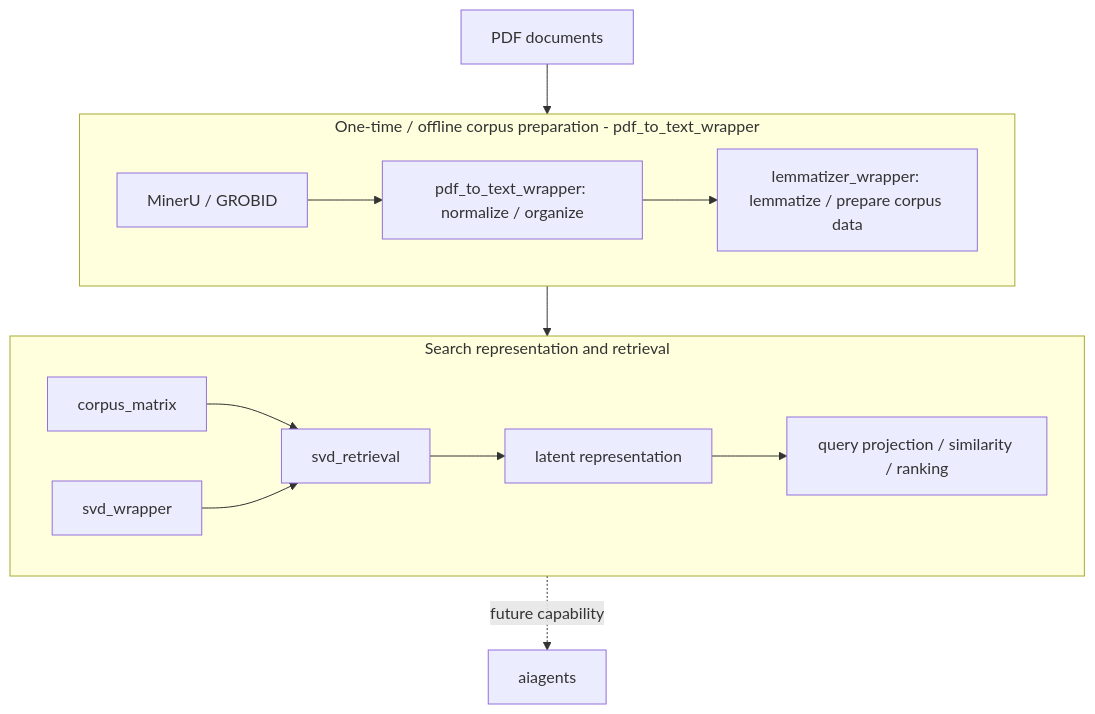
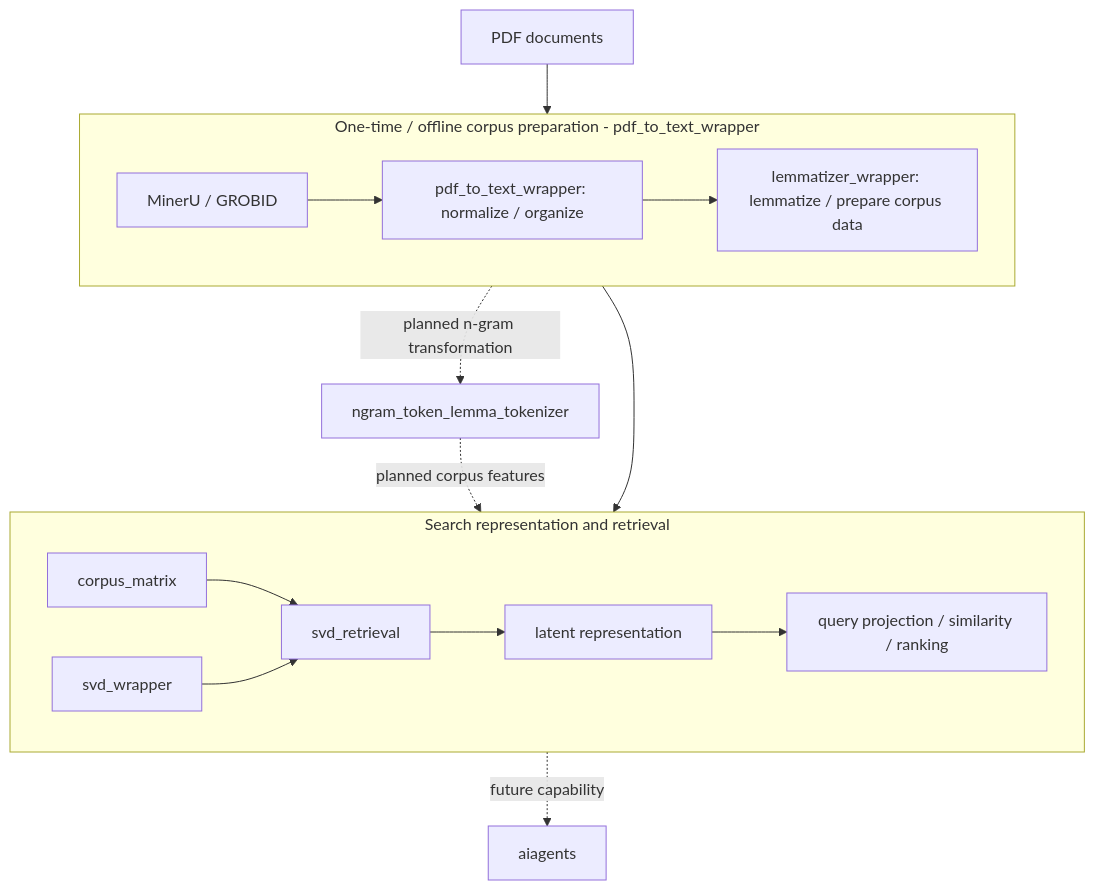
The third of 6 diagrams in README.md (witold-k/witold-k), drawn with Mermaid before and after one commit. The commit also changed other lines of this file, not shown here.

Commit message:
docs: update corpus pipeline and planned n-gram tokenizer

````diff
--- a/README.md
+++ b/README.md
@@ -50,22 +51,24 @@
 ```mermaid
 flowchart TB
     PDF[PDF documents]
 
     subgraph PREP[One-time / offline corpus preparation - pdf_to_text_wrapper]
         direction LR
         BACKENDS[MinerU / GROBID] --> CONVERT[pdf_to_text_wrapper: normalize / organize]
         CONVERT --> LEMMA[lemmatizer_wrapper: lemmatize / prepare corpus data]
     end
 
     subgraph SEARCH[Search representation and retrieval]
         direction LR
         MATRIX[corpus_matrix] --> RETRIEVAL[svd_retrieval]
         SVD[svd_wrapper] --> RETRIEVAL
         RETRIEVAL --> LATENT[latent representation]
         LATENT --> RETRIEVE[query projection / similarity / ranking]
     end
 
     PDF --> BACKENDS
     LEMMA --> MATRIX
+    LEMMA -.->|planned n-gram transformation| NGRAM[ngram_token_lemma_tokenizer]
+    NGRAM -.->|planned corpus features| MATRIX
     RETRIEVE -.->|future capability| AGENT[aiagents]
 ```
````
